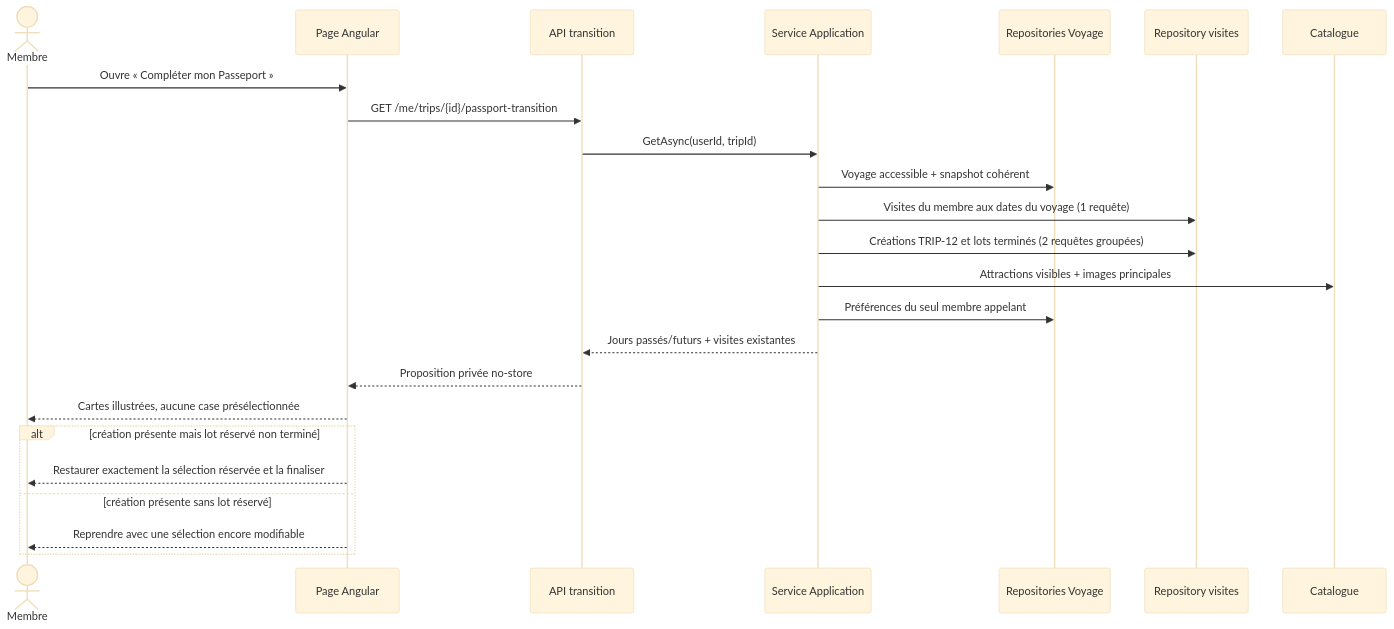
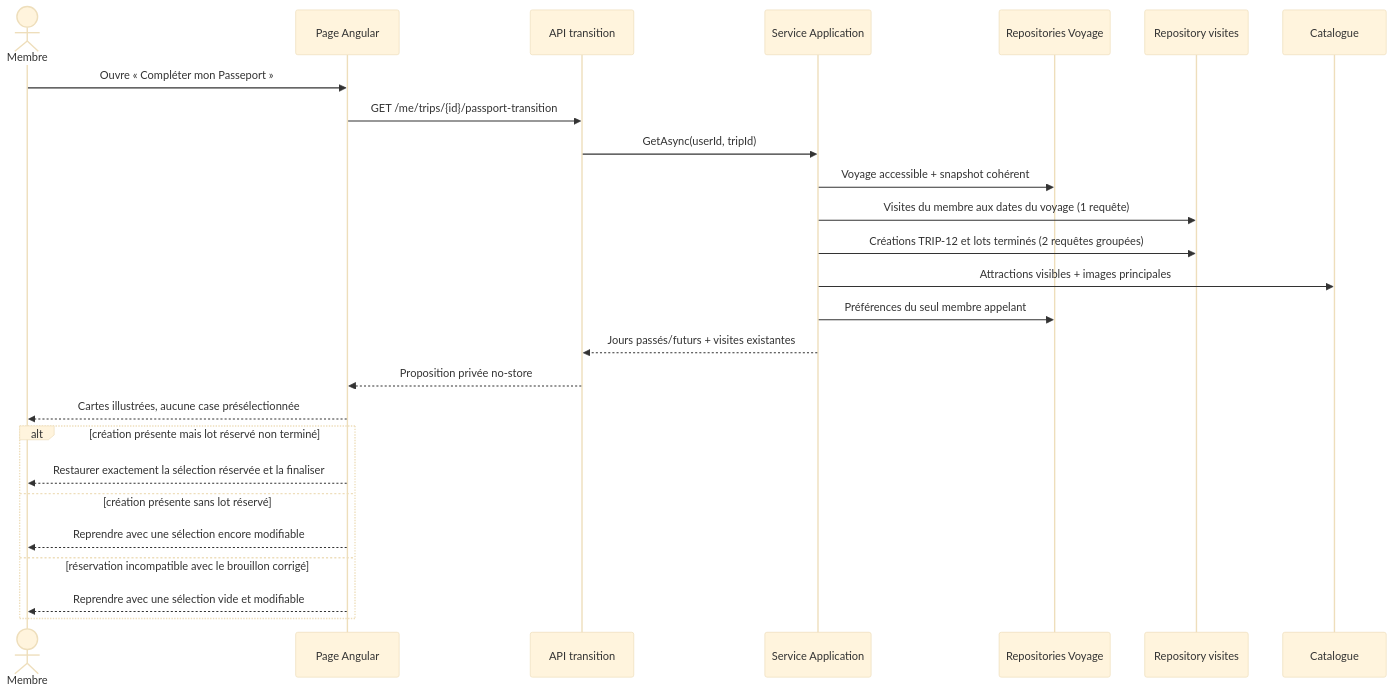
One commit to Ced59/AmusementParkProject changed the third of 5 diagrams in docs/architecture/product-growth-trip-12-passport-transition-2026-09-25.md. Above: the diagram before and after it, drawn with Mermaid (base theme). The commit also changed other lines of this file and 6 other files, not shown here.

````diff
--- a/docs/architecture/product-growth-trip-12-passport-transition-2026-09-25.md
+++ b/docs/architecture/product-growth-trip-12-passport-transition-2026-09-25.md
@@ -183,28 +189,30 @@
 ```mermaid
 sequenceDiagram
     actor M as Membre
     participant UI as Page Angular
     participant API as API transition
     participant APP as Service Application
     participant TRIP as Repositories Voyage
     participant PASS as Repository visites
     participant CAT as Catalogue
 
     M->>UI: Ouvre « Compléter mon Passeport »
     UI->>API: GET /me/trips/{id}/passport-transition
     API->>APP: GetAsync(userId, tripId)
     APP->>TRIP: Voyage accessible + snapshot cohérent
     APP->>PASS: Visites du membre aux dates du voyage (1 requête)
     APP->>PASS: Créations TRIP-12 et lots terminés (2 requêtes groupées)
     APP->>CAT: Attractions visibles + images principales
     APP->>TRIP: Préférences du seul membre appelant
     APP-->>API: Jours passés/futurs + visites existantes
     API-->>UI: Proposition privée no-store
     UI-->>M: Cartes illustrées, aucune case présélectionnée
 
     alt création présente mais lot réservé non terminé
       UI-->>M: Restaurer exactement la sélection réservée et la finaliser
     else création présente sans lot réservé
       UI-->>M: Reprendre avec une sélection encore modifiable
+    else réservation incompatible avec le brouillon corrigé
+      UI-->>M: Reprendre avec une sélection vide et modifiable
     end
 ```
````
